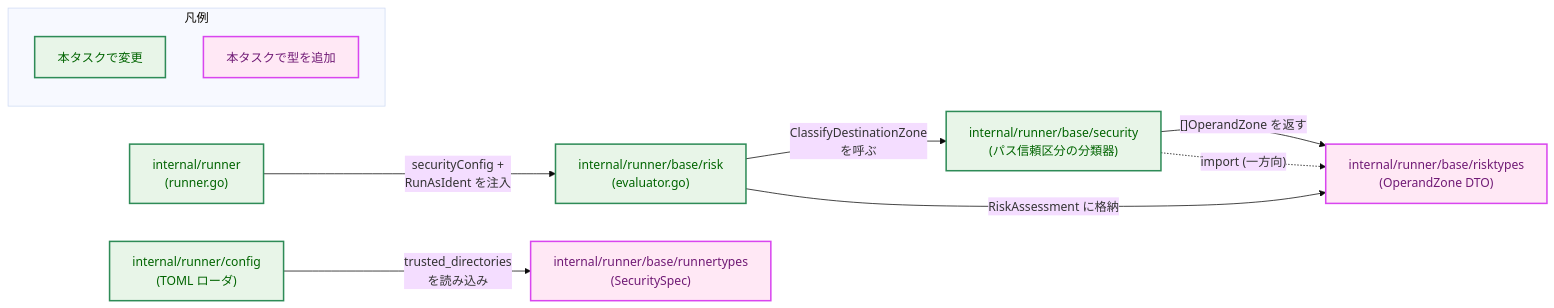
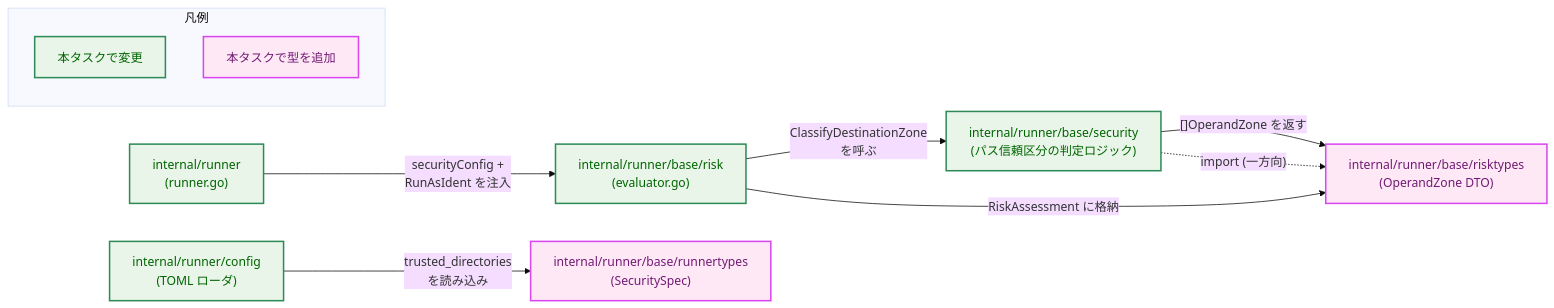
One commit to isseis/go-safe-cmd-runner changed the third of 7 diagrams in docs/tasks/0142_axis2_destination_zoning/02_architecture.md. Above: the diagram before and after it, drawn with Mermaid (base theme). The commit also changed other lines of this file, not shown here.

````diff
--- a/docs/tasks/0142_axis2_destination_zoning/02_architecture.md
+++ b/docs/tasks/0142_axis2_destination_zoning/02_architecture.md
@@ -192,31 +192,31 @@
 ```mermaid
 flowchart LR
     classDef data fill:#e6f7ff,stroke:#1f77b4,stroke-width:1px,color:#0b3d91;
     classDef process fill:#fff1e6,stroke:#ff7f0e,stroke-width:1px,color:#8a3e00;
     classDef enhanced fill:#e8f5e8,stroke:#2e8b57,stroke-width:2px,color:#006400;
     classDef newpkg fill:#ffe8f5,stroke:#d946ef,stroke-width:2px,color:#701a75;
 
     CONFIG["internal/runner/config<br>(TOML ローダ)"]
     RUNNER["internal/runner<br>(runner.go)"]
     RISK["internal/runner/base/risk<br>(evaluator.go)"]
-    SEC["internal/runner/base/security<br>(パス信頼区分の分類器)"]
+    SEC["internal/runner/base/security<br>(パス信頼区分の判定ロジック)"]
     RT["internal/runner/base/risktypes<br>(OperandZone DTO)"]
     RNT["internal/runner/base/runnertypes<br>(SecuritySpec)"]
 
     CONFIG -->|"trusted_directories<br>を読み込み"| RNT
     RUNNER -->|"securityConfig +<br>RunAsIdent を注入"| RISK
     RISK -->|"ClassifyDestinationZone<br>を呼ぶ"| SEC
     SEC -->|"[]OperandZone を返す"| RT
     RISK -->|"RiskAssessment に格納"| RT
     SEC -.->|"import (一方向)"| RT
 
     class CONFIG,RUNNER,RISK,SEC enhanced
     class RT,RNT newpkg
 
     subgraph Legend["凡例"]
         L2["本タスクで変更"]
         L3["本タスクで型を追加"]
     end
     class L2 enhanced
     class L3 newpkg
 ```
````
